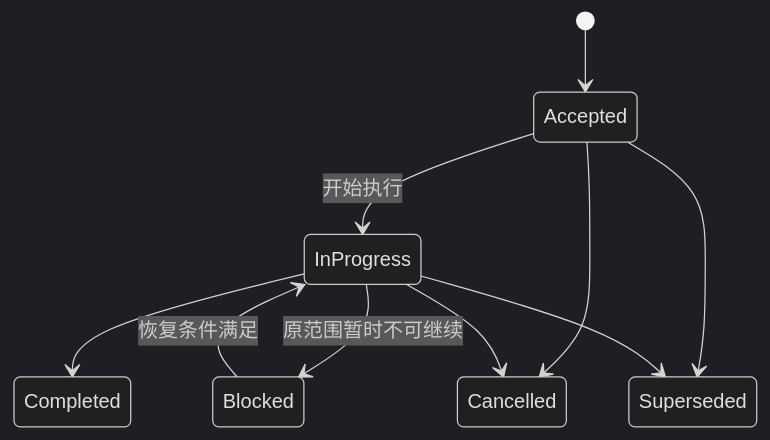
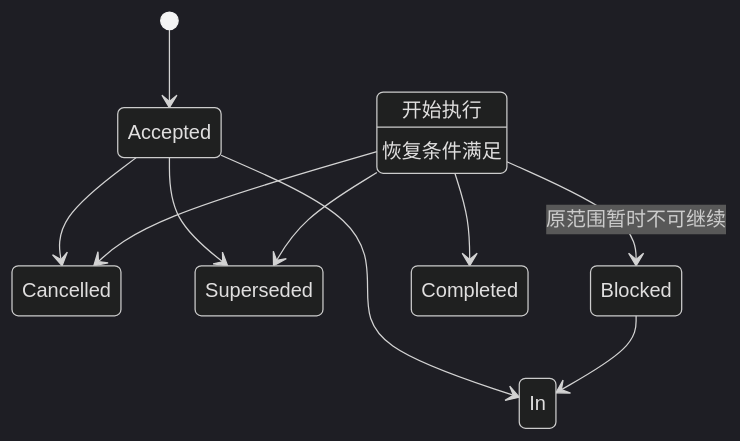
Before and after one commit to swfswf1234/QED-Engine: the first of 2 diagrams in docs/standards/task-lifecycle.md, drawn with Mermaid (dark theme). The commit also changed other lines of this file and 49 other files, not shown here.

Commit message:
docs: ARCH-008 W1-W4 snapshot, docs rework (positioning, ADR 0004-0006, standards/architecture/design rework, web-frontend contract)

````diff
--- a/docs/standards/task-lifecycle.md
+++ b/docs/standards/task-lifecycle.md
@@ -50,12 +53,12 @@
 ```mermaid
 stateDiagram-v2
     [*] --> Accepted
-    Accepted --> InProgress: 开始执行
+    Accepted --> In Progress: 开始执行
     Accepted --> Cancelled
     Accepted --> Superseded
-    InProgress --> Blocked: 原范围暂时不可继续
-    Blocked --> InProgress: 恢复条件满足
-    InProgress --> Completed
-    InProgress --> Cancelled
-    InProgress --> Superseded
+    In Progress --> Blocked: 原范围暂时不可继续
+    Blocked --> In Progress: 恢复条件满足
+    In Progress --> Completed
+    In Progress --> Cancelled
+    In Progress --> Superseded
 ```
````
